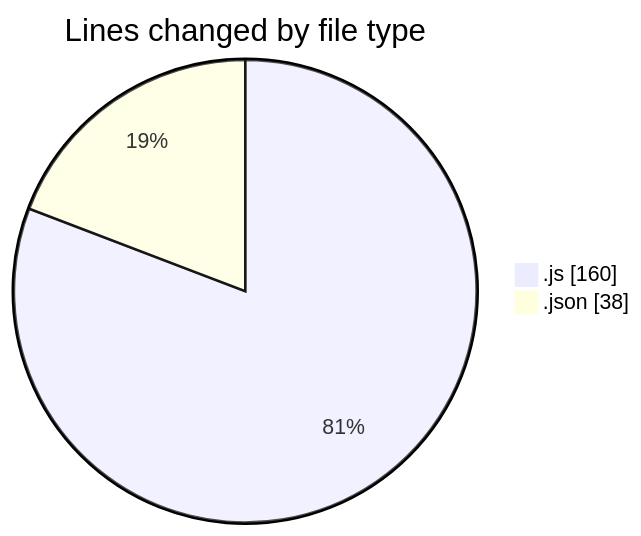
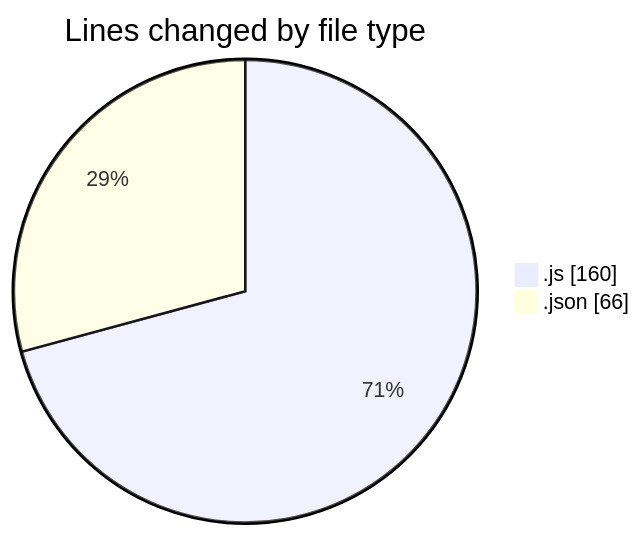
One commit to BS-eng2023/code-tracking changed the first of 2 diagrams in 2025-03-24/aufgabe_250321/README.md. Above: the diagram before and after it, drawn with Mermaid. The commit also changed other lines of this file and 1 other file, not shown here.

````diff
--- a/2025-03-24/aufgabe_250321/README.md
+++ b/2025-03-24/aufgabe_250321/README.md
@@ -23,6 +23,6 @@
 ```mermaid
 pie showData
 title Lines changed by file type
 ".js" : 160
-".json" : 38
+".json" : 66
 ```
````
